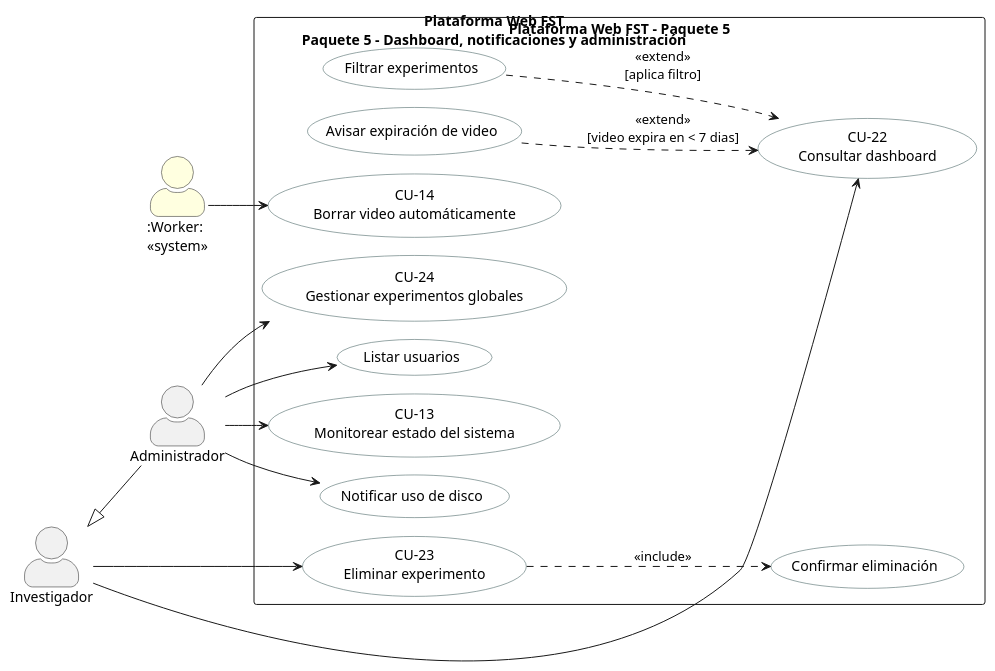
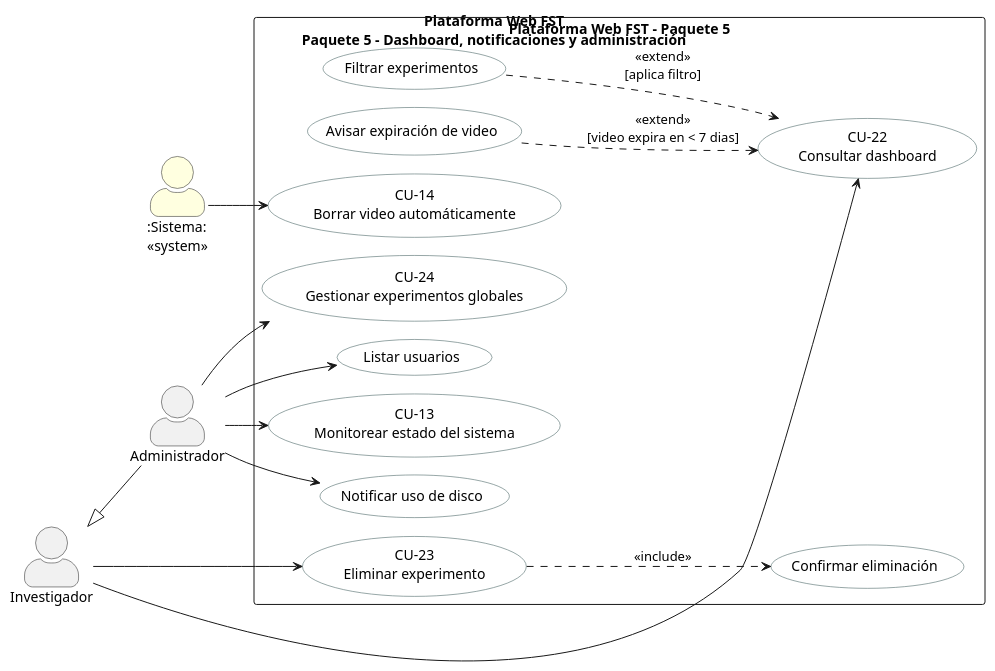
Before and after one commit to ErickJester/fst-ai-system-latex: the diagram in diagramas/puml/cu_paquete5.puml, drawn with PlantUML. The commit also changed 22 other files, not shown here.

```diff
--- a/diagramas/puml/cu_paquete5.puml
+++ b/diagramas/puml/cu_paquete5.puml
@@ -1,37 +1,37 @@
 @startuml
 !pragma layout smetana
 title Plataforma Web FST\nPaquete 5 - Dashboard, notificaciones y administración
 left to right direction
 skinparam packageStyle rectangle
 skinparam actorStyle awesome
 skinparam usecase {
   BackgroundColor White
   BorderColor DarkSlateGray
 }
 actor "Investigador" as INV
 actor "Administrador" as ADMIN
-actor ":Worker:\n<<system>>" as WRK #LightYellow
+actor ":Sistema:\n<<system>>" as WRK #LightYellow
 INV <|-- ADMIN
 rectangle "Plataforma Web FST - Paquete 5" {
   usecase "CU-22\nConsultar dashboard" as CU22
   usecase "Filtrar experimentos" as UC51a
   usecase "Avisar expiración de video" as UC52
   usecase "CU-23\nEliminar experimento" as CU23
   usecase "Confirmar eliminación" as UC53a
   usecase "CU-14\nBorrar video automáticamente" as CU14
   usecase "Listar usuarios" as UC56
   usecase "CU-13\nMonitorear estado del sistema" as CU13
   usecase "Notificar uso de disco" as UC57a
   usecase "CU-24\nGestionar experimentos globales" as CU24
 }
 INV --> CU22
 INV --> CU23
 ADMIN --> UC56
 ADMIN --> CU13
 ADMIN --> UC57a
 ADMIN --> CU24
 WRK --> CU14
 UC52 ..> CU22 : <<extend>>\n[video expira en < 7 dias]
 UC51a ..> CU22 : <<extend>>\n[aplica filtro]
 CU23 ..> UC53a : <<include>>
 @enduml
```
